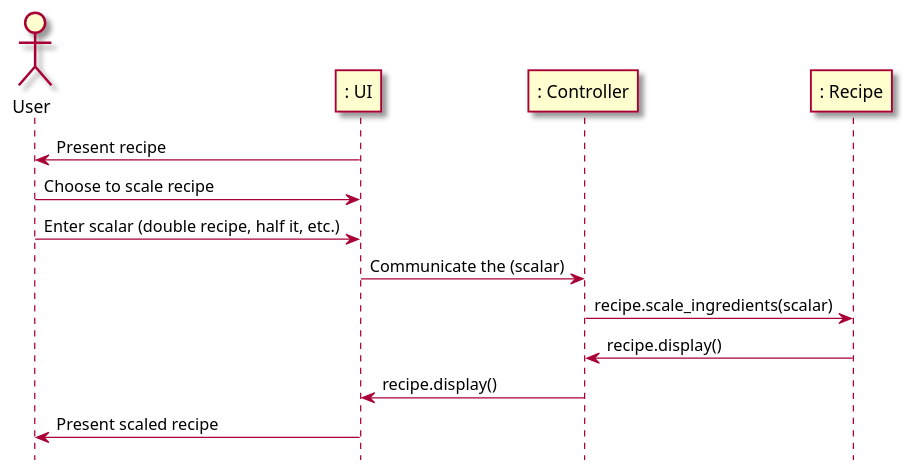
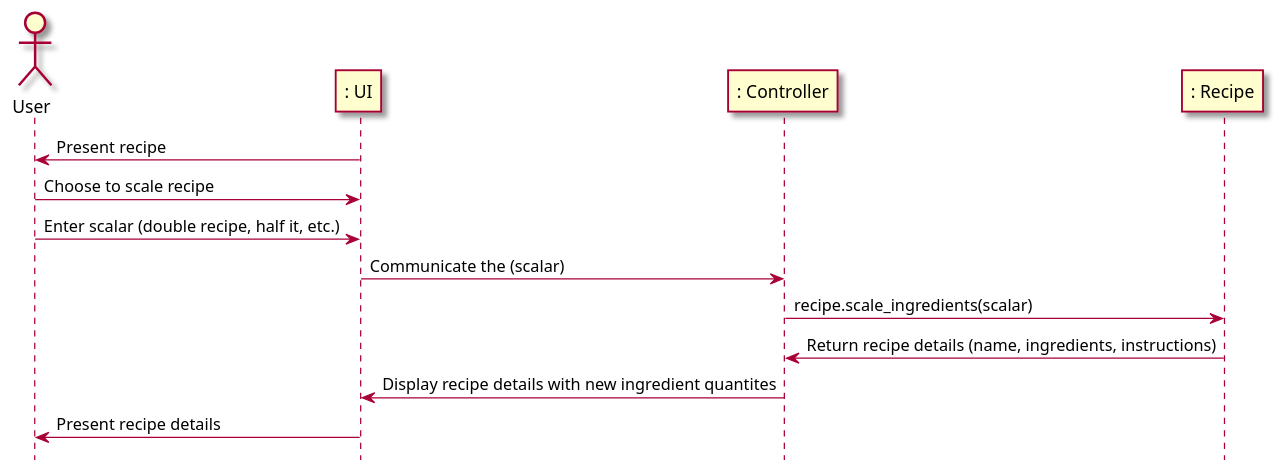
One commit to berthashipper/Pantry-Pal-Android-Application changed the second of 2 diagrams in intellij/doc/use-cases/scale_ingredients.md. Above: the diagram before and after it, drawn with PlantUML. The commit also changed 3 other files, not shown here.

````diff
--- a/intellij/doc/use-cases/scale_ingredients.md
+++ b/intellij/doc/use-cases/scale_ingredients.md
@@ -61,22 +61,22 @@
 ```plantuml
 @startuml
 skin rose
 
 hide footbox
 
 actor User as user
 participant ": UI" as ui
 participant ": Controller" as cont
 participant ": Recipe" as rec
 
 ui -> user: Present recipe
 user -> ui: Choose to scale recipe
 user -> ui: Enter scalar (double recipe, half it, etc.)
 ui -> cont: Communicate the (scalar)
 cont -> rec: recipe.scale_ingredients(scalar)
-rec -> cont: recipe.display()
-cont -> ui: recipe.display()
-ui -> user: Present scaled recipe
+rec -> cont: Return recipe details (name, ingredients, instructions)
+cont -> ui: Display recipe details with new ingredient quantites
+ui -> user: Present recipe details
 
 @enduml
 ```
````
